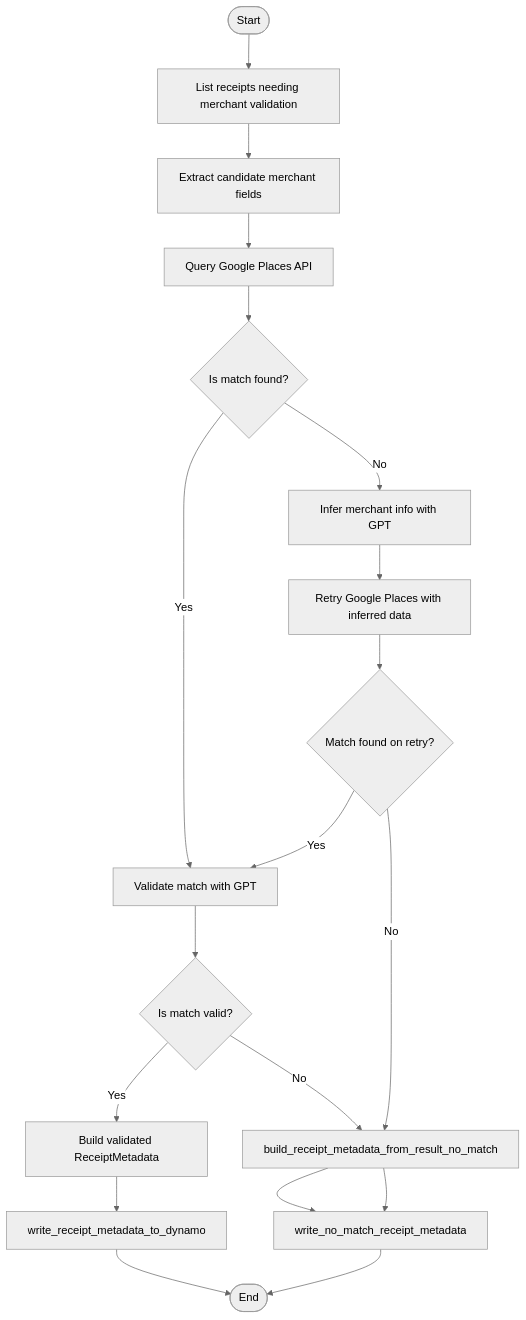
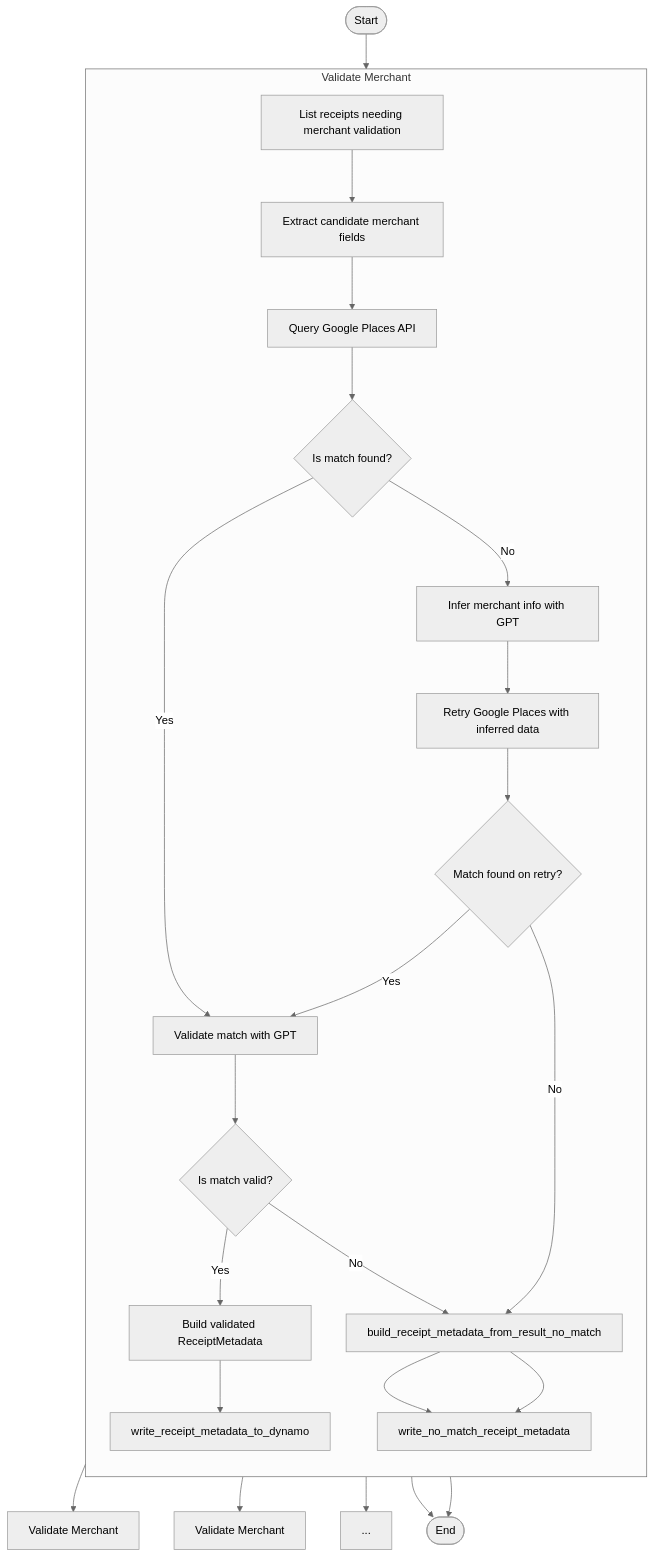
The diagram in receipt_label/receipt_label/merchant_validation/README.md (tnorlund/Portfolio), drawn with Mermaid (neutral theme) before and after one commit.

````diff
--- a/receipt_label/receipt_label/merchant_validation/README.md
+++ b/receipt_label/receipt_label/merchant_validation/README.md
@@ -77,21 +77,29 @@
 ```mermaid
 flowchart TD
     Start([Start]) --> ListReceiptsNeedingValidation["List receipts needing merchant validation"]
-    ListReceiptsNeedingValidation --> extract_candidate_merchant_fields["Extract candidate merchant fields"]
-    extract_candidate_merchant_fields --> query_google_places["Query Google Places API"]
-    query_google_places --> IsMatchFound{"Is match found?"}
+    ListReceiptsNeedingValidation --> ValidateMerchant0["Validate Merchant"]
+    ListReceiptsNeedingValidation --> ValidateMerchant1["Validate Merchant"]
+    ListReceiptsNeedingValidation --> ValidateMerchantEllipsis["..."]
 
-    IsMatchFound -- Yes --> validate_match_with_gpt["Validate match with GPT"]
-    IsMatchFound -- No --> InferWithGPT["Infer merchant info with GPT"]
-    InferWithGPT --> retry_google_search_with_inferred_data["Retry Google Places with inferred data"]
-    retry_google_search_with_inferred_data --> IsRetryMatchFound{"Match found on retry?"}
-    IsRetryMatchFound -- Yes --> validate_match_with_gpt
-    IsRetryMatchFound -- No --> build_receipt_metadata_from_result_no_match --> write_no_match_receipt_metadata
 
-    validate_match_with_gpt --> IsValid{"Is match valid?"}
-    IsValid -- Yes --> build_receipt_metadata_from_result["Build validated ReceiptMetadata"] --> write_receipt_metadata_to_dynamo
-    IsValid -- No --> build_receipt_metadata_from_result_no_match --> write_no_match_receipt_metadata
+    subgraph "Validate Merchant"
+        direction TB
+        ListReceiptsNeedingValidation --> extract_candidate_merchant_fields["Extract candidate merchant fields"]
+        extract_candidate_merchant_fields --> query_google_places["Query Google Places API"]
+        query_google_places --> IsMatchFound{"Is match found?"}
+
+        IsMatchFound -- Yes --> validate_match_with_gpt["Validate match with GPT"]
+        IsMatchFound -- No --> InferWithGPT["Infer merchant info with GPT"]
+        InferWithGPT --> retry_google_search_with_inferred_data["Retry Google Places with inferred data"]
+        retry_google_search_with_inferred_data --> IsRetryMatchFound{"Match found on retry?"}
+        IsRetryMatchFound -- Yes --> validate_match_with_gpt
+        IsRetryMatchFound -- No --> build_receipt_metadata_from_result_no_match --> write_no_match_receipt_metadata
+
+        validate_match_with_gpt --> IsValid{"Is match valid?"}
+        IsValid -- Yes --> build_receipt_metadata_from_result["Build validated ReceiptMetadata"] --> write_receipt_metadata_to_dynamo
+        IsValid -- No --> build_receipt_metadata_from_result_no_match --> write_no_match_receipt_metadata
+    end
 
     write_no_match_receipt_metadata --> End([End])
     write_receipt_metadata_to_dynamo --> End([End])
 ```
````
